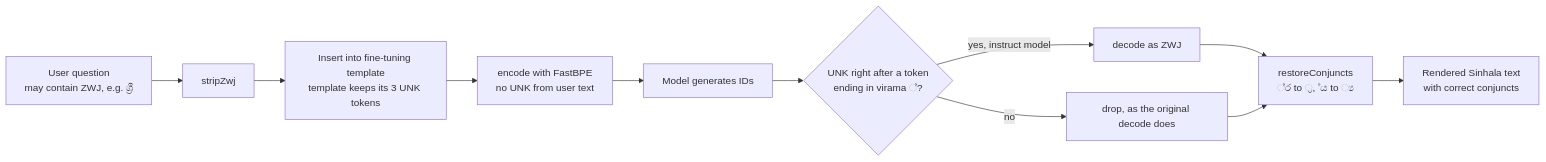
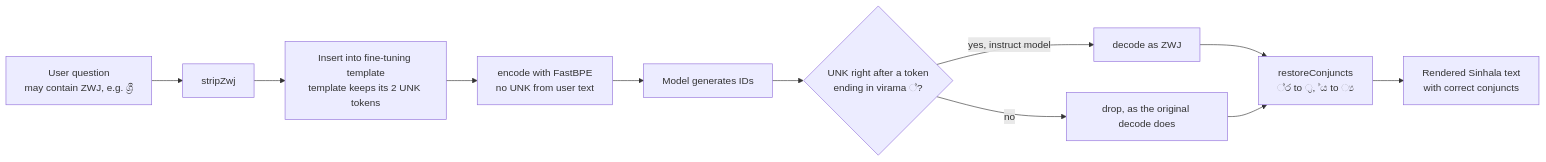
Before and after one commit to sinsankio/sinhalalm-offline: the fifth of 9 diagrams in docs/sinhalalm-browser-proposal.md, drawn with Mermaid. The commit also changed other lines of this file, not shown here.

````diff
--- a/docs/sinhalalm-browser-proposal.md
+++ b/docs/sinhalalm-browser-proposal.md
@@ -243,13 +243,13 @@
 ```mermaid
 flowchart LR
   U["User question<br/>may contain ZWJ, e.g. ශ්‍රී"] --> S["stripZwj"]
-  S --> TPL["Insert into fine-tuning template<br/>template keeps its 3 UNK tokens"]
+  S --> TPL["Insert into fine-tuning template<br/>template keeps its 2 UNK tokens"]
   TPL --> ENC["encode with FastBPE<br/>no UNK from user text"]
   ENC --> M["Model generates IDs"]
   M --> Q{"UNK right after a token<br/>ending in virama ්?"}
   Q -->|"yes, instruct model"| Z["decode as ZWJ"]
   Q -->|"no"| DR["drop, as the original decode does"]
   Z --> RC["restoreConjuncts<br/>්ර to ්‍ර, ්ය to ්‍ය"]
   DR --> RC
   RC --> OUT["Rendered Sinhala text<br/>with correct conjuncts"]
 ```
````
